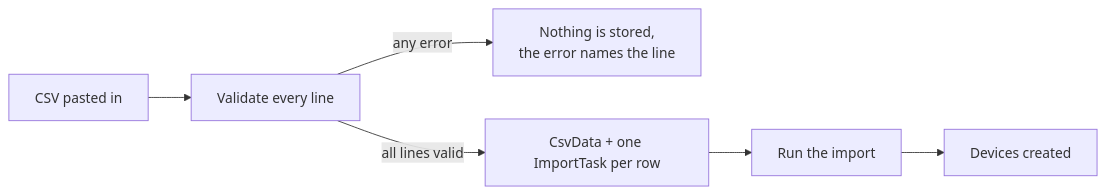
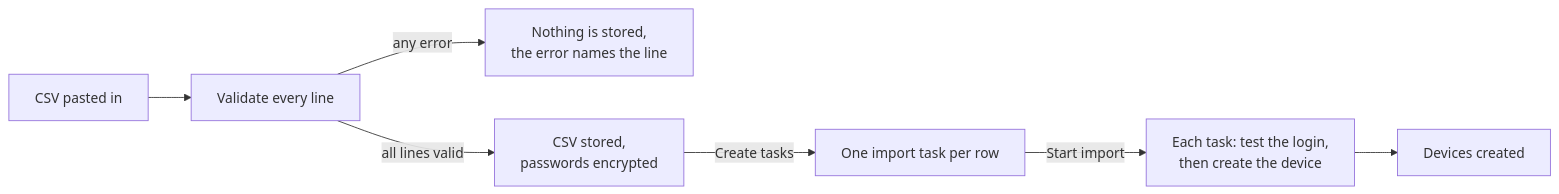
One commit to alessiobravi/routerfleet_improved changed the diagram in docs/import-tool.md. Above: the diagram before and after it, drawn with Mermaid. The commit also changed other lines of this file and 9 other files, not shown here.

````diff
--- a/docs/import-tool.md
+++ b/docs/import-tool.md
@@ -10,8 +17,9 @@
 ```mermaid
 flowchart LR
     csv["CSV pasted in"] --> val["Validate every line"]
     val -->|"any error"| rej["Nothing is stored,<br/>the error names the line"]
-    val -->|"all lines valid"| store["CsvData + one ImportTask per row"]
-    store --> run["Run the import"]
+    val -->|"all lines valid"| store["CSV stored,<br/>passwords encrypted"]
+    store -->|"Create tasks"| tasks["One import task per row"]
+    tasks -->|"Start import"| run["Each task: test the login,<br/>then create the device"]
     run --> dev["Devices created"]
 ```
````
